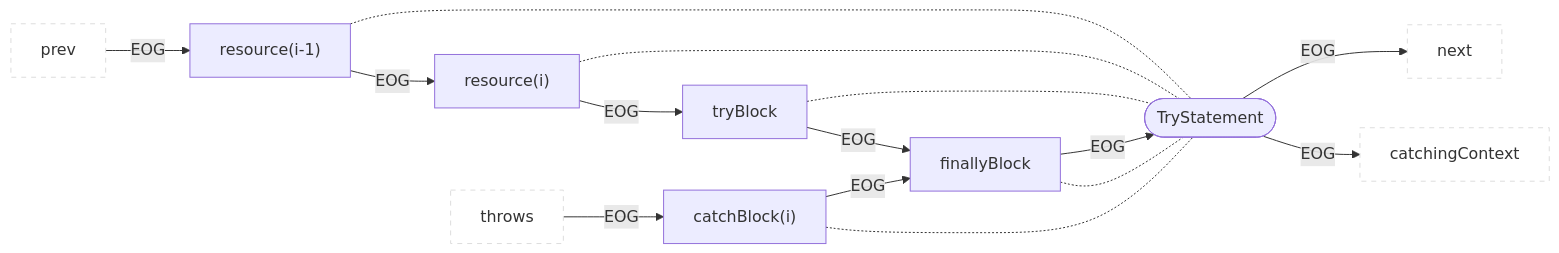
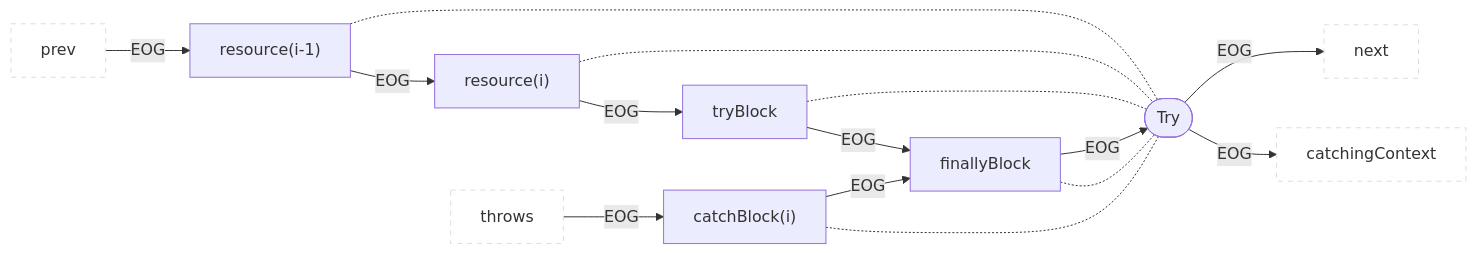
Before and after one commit to Fraunhofer-AISEC/cpg: diagram 20 of 49 in docs/docs/CPG/specs/eog.md, drawn with Mermaid. The commit also changed other lines of this file and 99 other files, not shown here.

````diff
--- a/docs/docs/CPG/specs/eog.md
+++ b/docs/docs/CPG/specs/eog.md
@@ -417,18 +417,18 @@
 ```mermaid
 flowchart LR
   classDef outer fill:#fff,stroke:#ddd,stroke-dasharray:5 5;
   prev:::outer -- EOG --> resource["resource(i-1)"];
   resource -.- parent
   resource -- EOG --> resourceI["resource(i)"]
   resourceI -.- parent
   resourceI -- EOG --> try["tryBlock"]
   try -.- parent
   throws:::outer -- EOG --> catch["catchBlock(i)"]
   try -- EOG --> finally["finallyBlock"]
-  parent([TryStatement]) --EOG--> next:::outer
+  parent([Try]) --EOG--> next:::outer
   parent --EOG--> catchingContext:::outer
   catch -- EOG --> finally
   finally -- EOG --> parent
   finally -.- parent
   catch -.- parent
 ```
````
